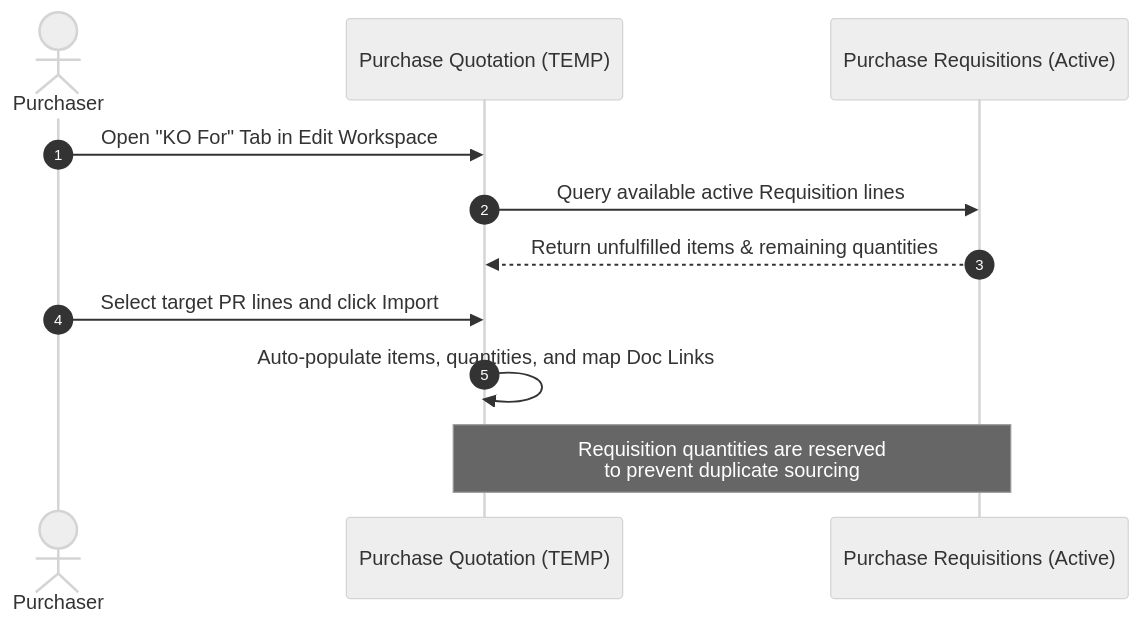
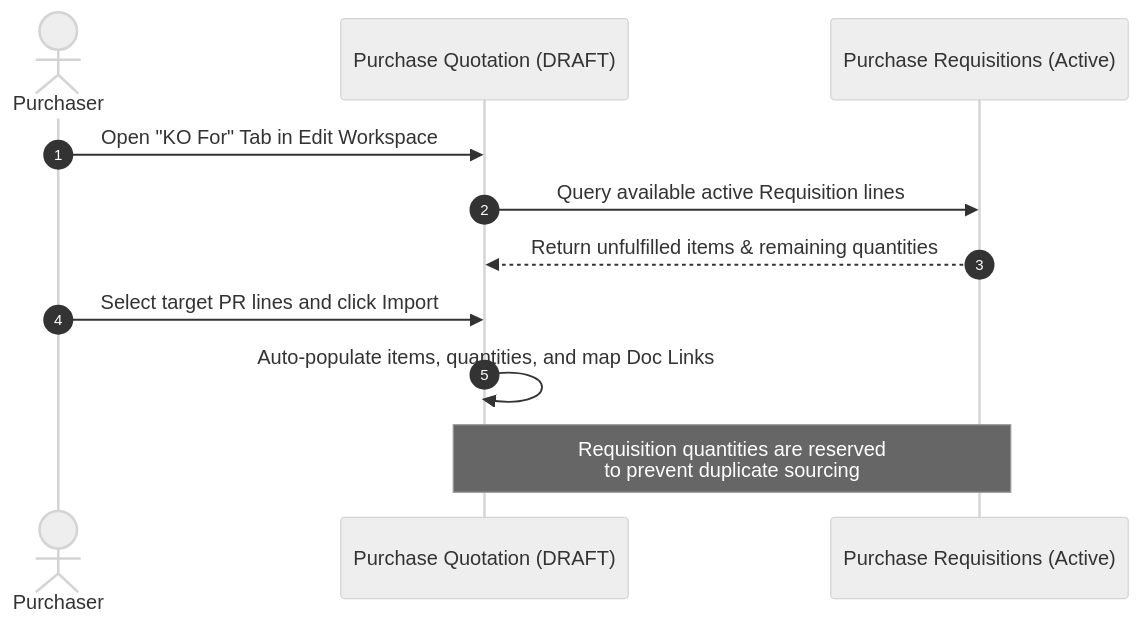
One commit to bigledger/blg-wiki changed the diagram in content/en/applets/purchase-workflow/internal-purchase-quotation-applet.md. Above: the diagram before and after it, drawn with Mermaid (neutral theme). The commit also changed other lines of this file and 10 other files, not shown here.

Commit message:
docs: update Internal Purchase Quotation and Internal Sales Refund Note user guides with enterprise infographics and UI screenshots

````diff
--- a/content/en/applets/purchase-workflow/internal-purchase-quotation-applet.md
+++ b/content/en/applets/purchase-workflow/internal-purchase-quotation-applet.md
@@ -223,14 +202,14 @@
 ```mermaid
 sequenceDiagram
     autonumber
     actor P as Purchaser
-    participant PQ as Purchase Quotation (TEMP)
+    participant PQ as Purchase Quotation (DRAFT)
     participant PR as Purchase Requisitions (Active)
     
     P->>PQ: Open "KO For" Tab in Edit Workspace
     PQ->>PR: Query available active Requisition lines
     PR-->>PQ: Return unfulfilled items & remaining quantities
     P->>PQ: Select target PR lines and click Import
     PQ->>PQ: Auto-populate items, quantities, and map Doc Links
     Note over PR,PQ: Requisition quantities are reserved<br>to prevent duplicate sourcing
 ```
````
